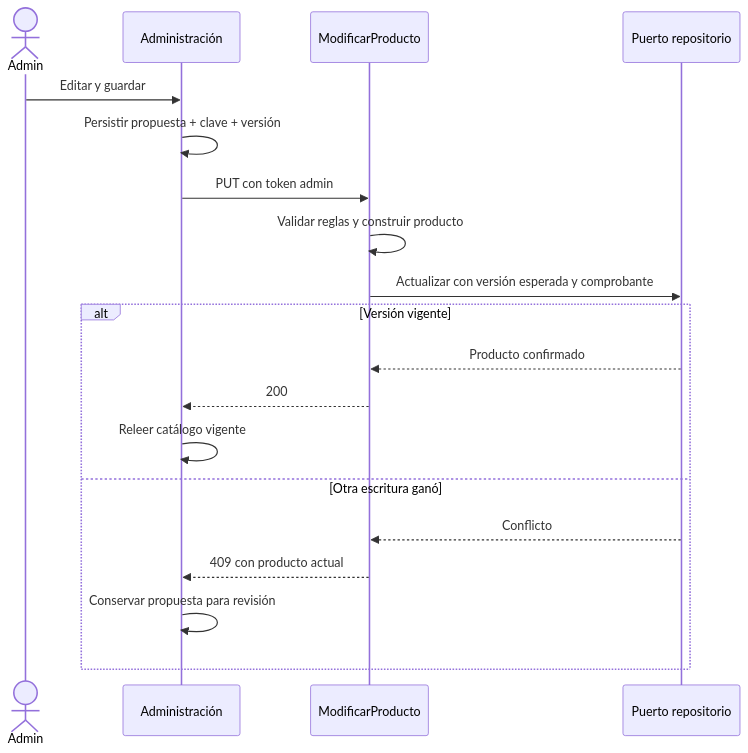
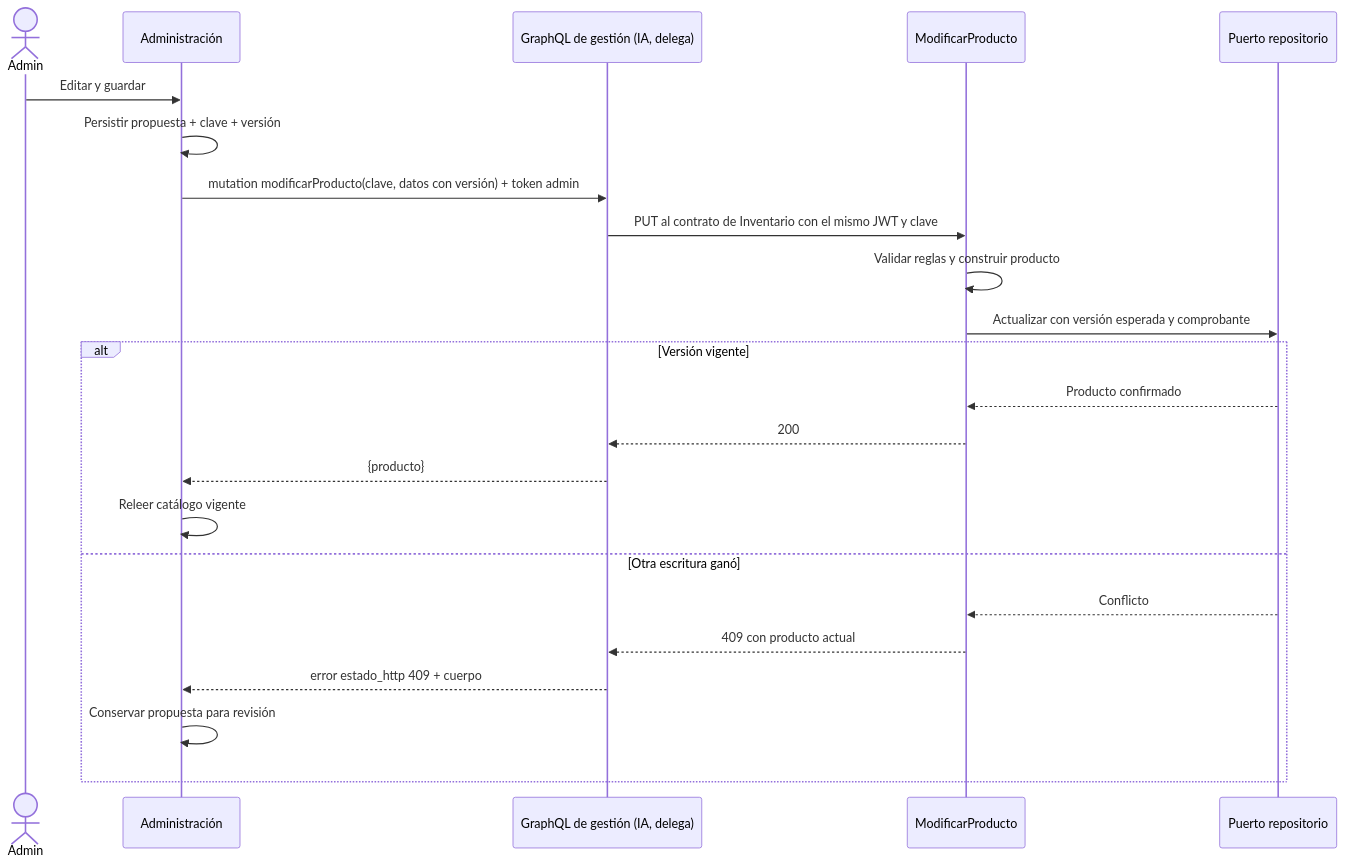
One commit to leosb12/CLB-STORE changed the fourth of 10 diagrams in docs/iconix/secuencias.md. Above: the diagram before and after it, drawn with Mermaid. The commit also changed other lines of this file and 112 other files, not shown here.

````diff
--- a/docs/iconix/secuencias.md
+++ b/docs/iconix/secuencias.md
@@ -76,21 +76,25 @@
 ```mermaid
 sequenceDiagram
   actor A as Admin
   participant UI as Administración
+  participant G as GraphQL de gestión (IA, delega)
   participant C as ModificarProducto
   participant R as Puerto repositorio
   A->>UI: Editar y guardar
   UI->>UI: Persistir propuesta + clave + versión
-  UI->>C: PUT con token admin
+  UI->>G: mutation modificarProducto(clave, datos con versión) + token admin
+  G->>C: PUT al contrato de Inventario con el mismo JWT y clave
   C->>C: Validar reglas y construir producto
   C->>R: Actualizar con versión esperada y comprobante
   alt Versión vigente
     R-->>C: Producto confirmado
-    C-->>UI: 200
+    C-->>G: 200
+    G-->>UI: {producto}
     UI->>UI: Releer catálogo vigente
   else Otra escritura ganó
     R-->>C: Conflicto
-    C-->>UI: 409 con producto actual
+    C-->>G: 409 con producto actual
+    G-->>UI: error estado_http 409 + cuerpo
     UI->>UI: Conservar propuesta para revisión
   end
 ```
````
